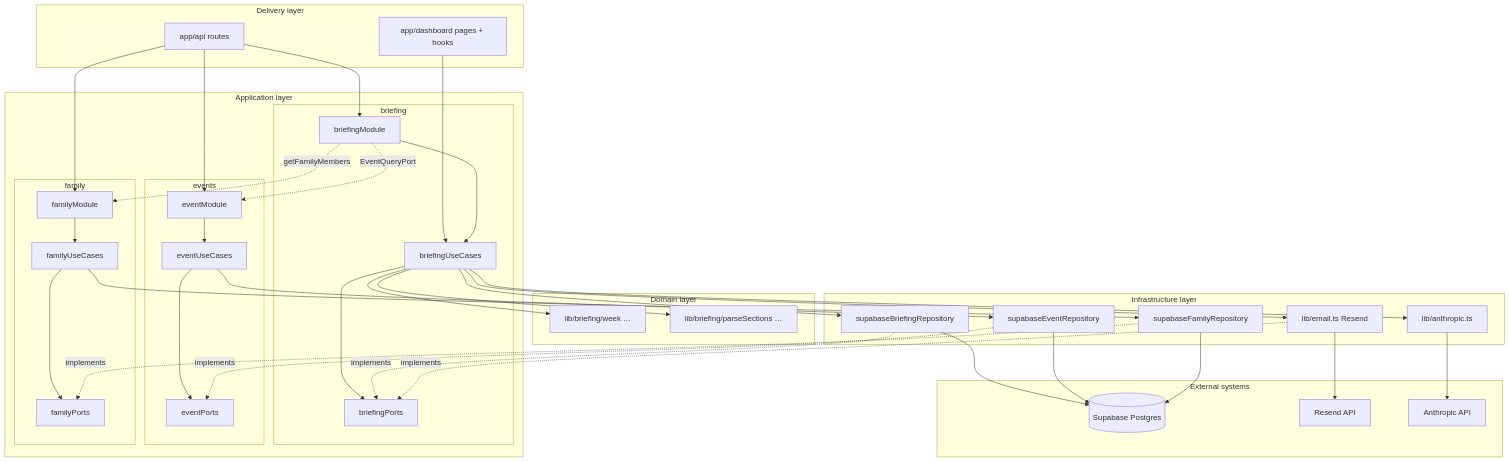
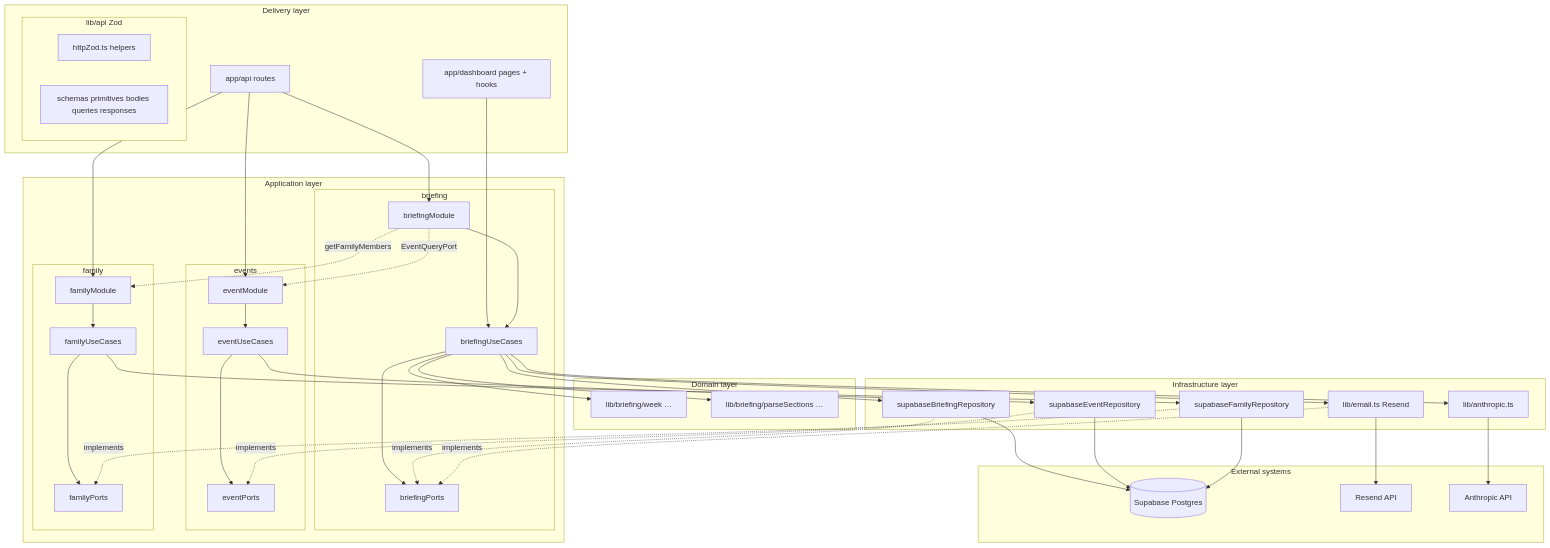
Before and after one commit to LukeAveil/familyBrief: the first of 2 diagrams in README.md, drawn with Mermaid. The commit also changed other lines of this file and 22 other files, not shown here.

Commit message:
adds zod for api request and response parsing

````diff
--- a/README.md
+++ b/README.md
@@ -56,68 +56,72 @@
 ```mermaid
 flowchart TB
   subgraph delivery [Delivery layer]
     Pages[app/dashboard pages + hooks]
     Routes[app/api routes]
+    subgraph apiContract [lib/api Zod]
+      HttpZ[httpZod.ts helpers]
+      Sch[schemas primitives bodies queries responses]
+    end
   end
   subgraph application [Application layer]
     subgraph briefing_ctx [briefing]
       UC[briefingUseCases]
       Ports[briefingPorts]
       Mod[briefingModule]
     end
     subgraph events_ctx [events]
       EUC[eventUseCases]
       EP[eventPorts]
       EMod[eventModule]
     end
     subgraph family_ctx [family]
       FUC[familyUseCases]
       FP[familyPorts]
       FMod[familyModule]
     end
   end
   subgraph domain [Domain layer]
     Week[lib/briefing/week …]
     Parse[lib/briefing/parseSections …]
   end
   subgraph infra [Infrastructure layer]
     RepoB[supabaseBriefingRepository]
     RepoE[supabaseEventRepository]
     RepoF[supabaseFamilyRepository]
     Email[lib/email.ts Resend]
     Anthropic[lib/anthropic.ts]
   end
   subgraph data [External systems]
     PG[(Supabase Postgres)]
     R[Resend API]
     A[Anthropic API]
   end
   Pages --> UC
   Routes --> Mod
   Routes --> EMod
   Routes --> FMod
   Mod --> UC
   EMod --> EUC
   FMod --> FUC
   UC --> Ports
   EUC --> EP
   FUC --> FP
   UC --> Week
   UC --> Parse
   RepoB -.implements.-> Ports
   RepoE -.implements.-> EP
   RepoF -.implements.-> FP
   Email -.implements.-> Ports
   UC --> RepoB
   UC --> Email
   EUC --> RepoE
   FUC --> RepoF
   RepoB --> PG
   RepoE --> PG
   RepoF --> PG
   Email --> R
   UC --> Anthropic
   Anthropic --> A
   Mod -.->|EventQueryPort| EMod
   Mod -.->|getFamilyMembers| FMod
 ```
````
